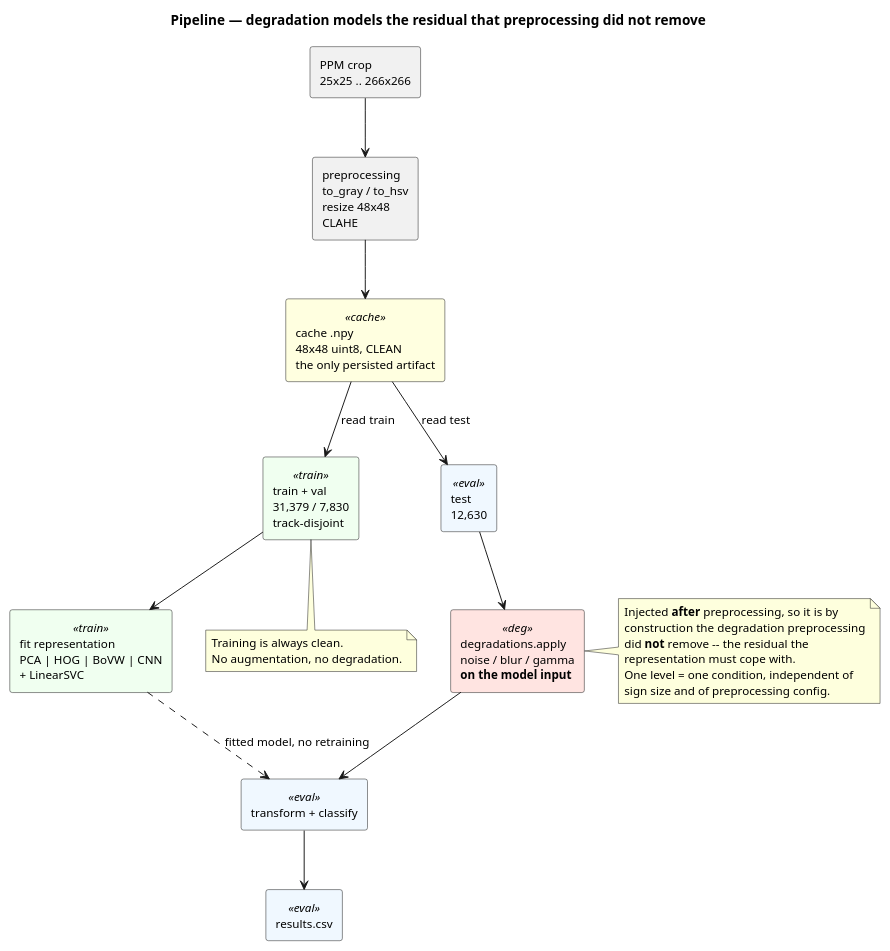
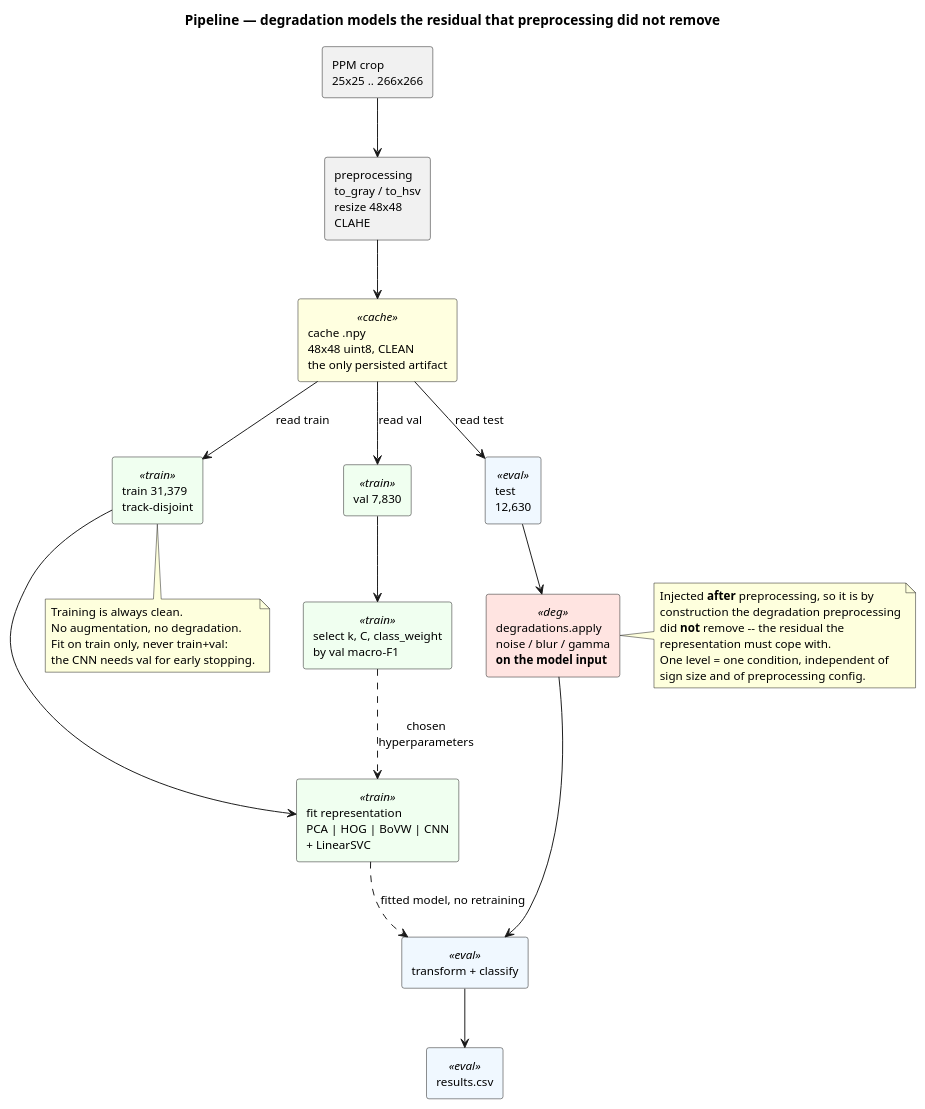
One commit to mikelandjelos/trafic-sign-classification changed the diagram in docs/diagrams/pipeline.puml. Above: the diagram before and after it, drawn with PlantUML. The commit also changed 1 other file, not shown here.

Commit message:
Show validation driving hyperparameter selection in the pipeline diagram
Claude-Session: https://claude.ai/code/session_01VkAbUnFvC6rArDeHRzXmzg

```diff
--- a/docs/diagrams/pipeline.puml
+++ b/docs/diagrams/pipeline.puml
@@ -1,49 +1,56 @@
 @startuml pipeline
 title Pipeline — degradation models the residual that preprocessing did not remove
 
 skinparam shadowing false
 skinparam defaultFontSize 12
 skinparam rectangle {
   BackgroundColor<<cache>> LightYellow
   BackgroundColor<<deg>> MistyRose
   BackgroundColor<<train>> Honeydew
   BackgroundColor<<eval>> AliceBlue
 }
 
 rectangle "PPM crop\n25x25 .. 266x266" as ppm
 rectangle "preprocessing\nto_gray / to_hsv\nresize 48x48\nCLAHE" as prep
 rectangle "cache .npy\n48x48 uint8, CLEAN\nthe only persisted artifact" as cache <<cache>>
 
 ppm --> prep
 prep --> cache
 
-rectangle "train + val\n31,379 / 7,830\ntrack-disjoint" as tr <<train>>
+rectangle "train 31,379\ntrack-disjoint" as tr <<train>>
+rectangle "val 7,830" as va <<train>>
+rectangle "select k, C, class_weight\nby val macro-F1" as sel <<train>>
 rectangle "fit representation\nPCA | HOG | BoVW | CNN\n+ LinearSVC" as fit <<train>>
 cache --> tr : read train
+cache --> va : read val
+va --> sel
+sel ..> fit : chosen\nhyperparameters
 tr --> fit
 
 rectangle "test\n12,630" as te <<eval>>
 rectangle "degradations.apply\nnoise / blur / gamma\n<b>on the model input</b>" as deg <<deg>>
 rectangle "transform + classify" as clf <<eval>>
 rectangle "results.csv" as res <<eval>>
 
 cache --> te : read test
 te --> deg
 deg --> clf
 fit ..> clf : fitted model, no retraining
 clf --> res
 
 note right of deg
   Injected <b>after</b> preprocessing, so it is by
   construction the degradation preprocessing
   did <b>not</b> remove -- the residual the
   representation must cope with.
   One level = one condition, independent of
   sign size and of preprocessing config.
 end note
 
 note bottom of tr
   Training is always clean.
   No augmentation, no degradation.
+  Fit on train only, never train+val:
+  the CNN needs val for early stopping.
 end note
 @enduml
```
